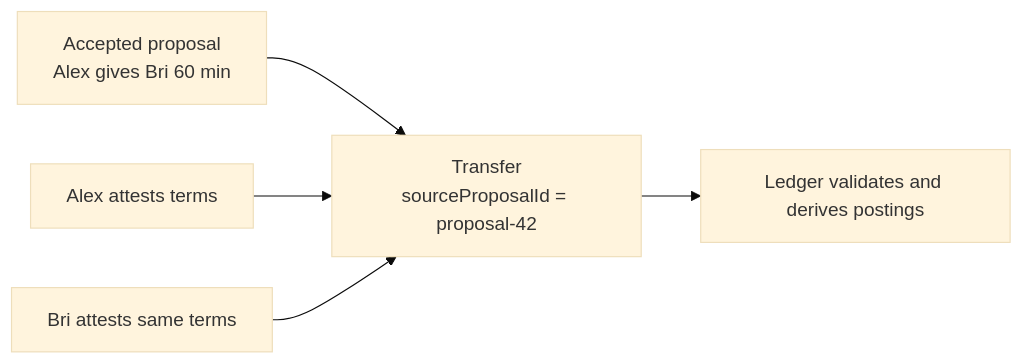
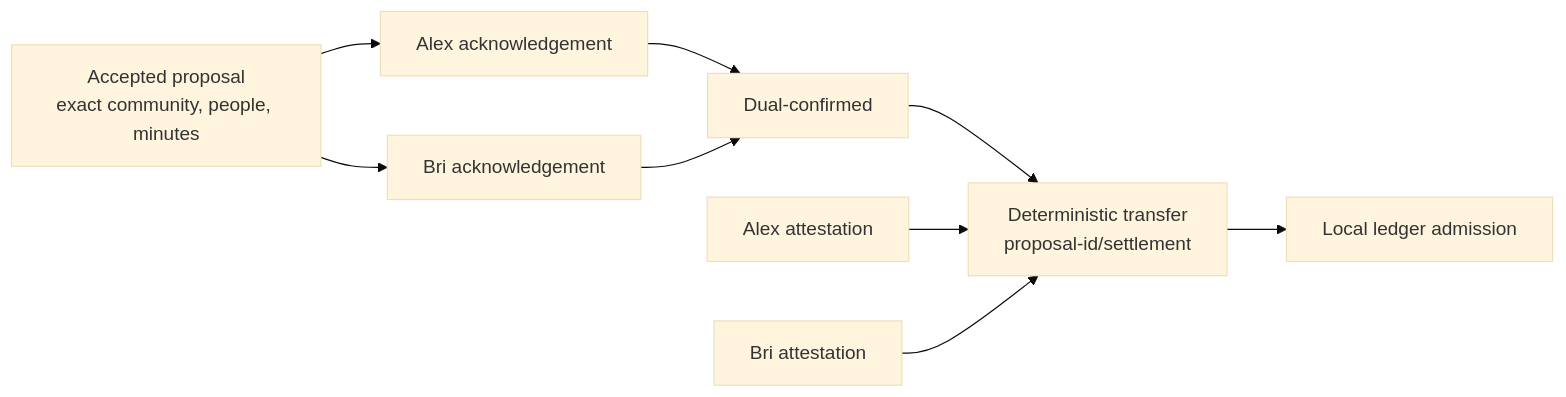
Before and after one commit to matthewlovestocode/peer-hours: the diagram in docs/education/29-transfer.md, drawn with Mermaid (base theme). The commit also changed other lines of this file and 62 other files, not shown here.

````diff
--- a/docs/education/29-transfer.md
+++ b/docs/education/29-transfer.md
@@ -5,7 +5,11 @@
 ```mermaid
 flowchart LR
-  P["Accepted proposal\nAlex gives Bri 60 min"] --> T["Transfer\nsourceProposalId = proposal-42"]
-  A["Alex attests terms"] --> T
-  B["Bri attests same terms"] --> T
-  T --> L["Ledger validates and derives postings"]
+  P["Accepted proposal\nexact community, people, minutes"] --> A1["Alex acknowledgement"]
+  P --> A2["Bri acknowledgement"]
+  A1 --> C["Dual-confirmed"]
+  A2 --> C
+  C --> T["Deterministic transfer\nproposal-id/settlement"]
+  S1["Alex attestation"] --> T
+  S2["Bri attestation"] --> T
+  T --> L["Local ledger admission"]
 ```
````
